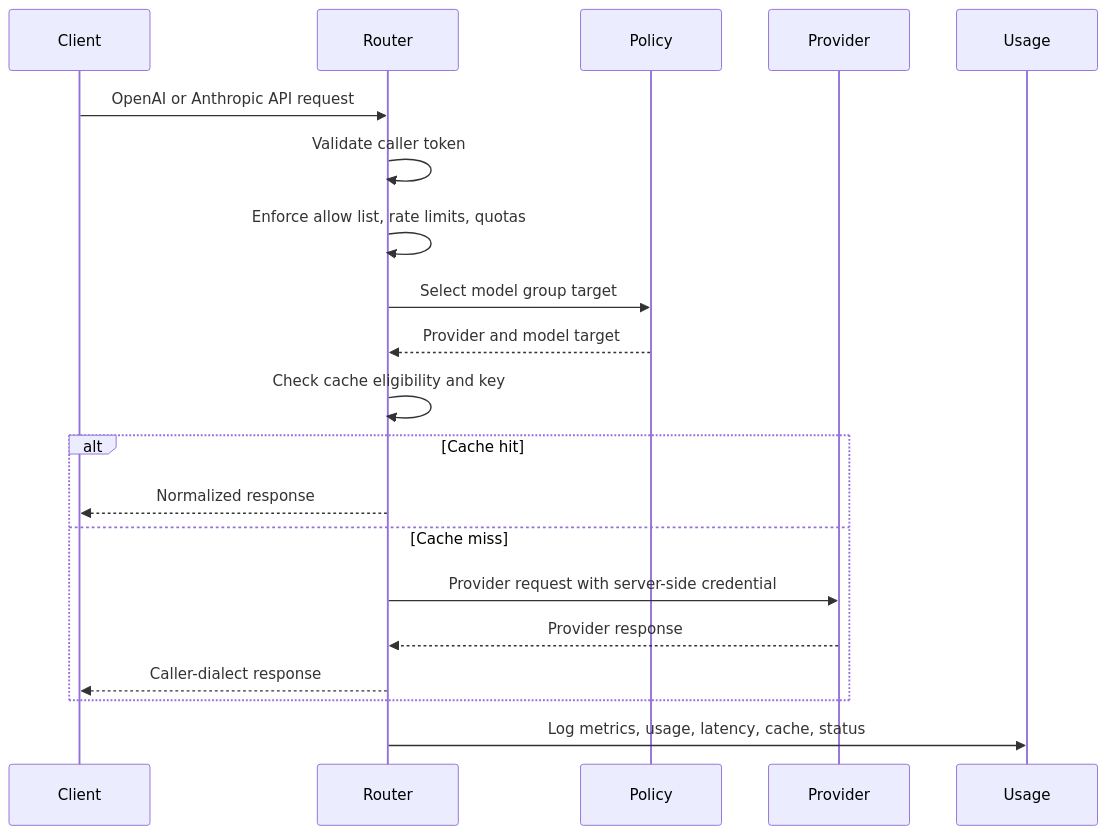
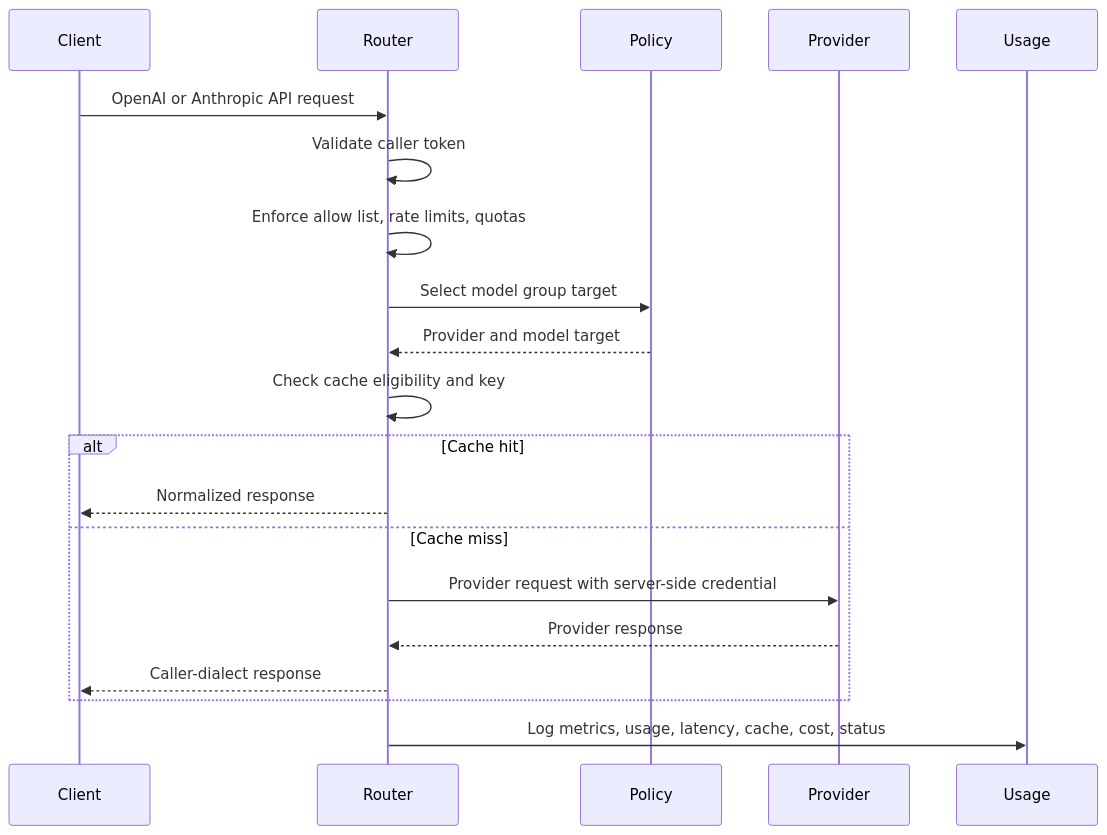
The third of 7 diagrams in docs/solution-brief.md (Metrum-AI-Products/genai-smart-router), drawn with Mermaid before and after one commit. The commit also changed other lines of this file and 22 other files, not shown here.

````diff
--- a/docs/solution-brief.md
+++ b/docs/solution-brief.md
@@ -118,23 +120,23 @@
 ```mermaid
 sequenceDiagram
   participant Client
   participant Router
   participant Policy
   participant Provider
   participant Usage
 
   Client->>Router: OpenAI or Anthropic API request
   Router->>Router: Validate caller token
   Router->>Router: Enforce allow list, rate limits, quotas
   Router->>Policy: Select model group target
   Policy-->>Router: Provider and model target
   Router->>Router: Check cache eligibility and key
   alt Cache hit
     Router-->>Client: Normalized response
   else Cache miss
     Router->>Provider: Provider request with server-side credential
     Provider-->>Router: Provider response
     Router-->>Client: Caller-dialect response
   end
-  Router->>Usage: Log metrics, usage, latency, cache, status
+  Router->>Usage: Log metrics, usage, latency, cache, cost, status
 ```
````
